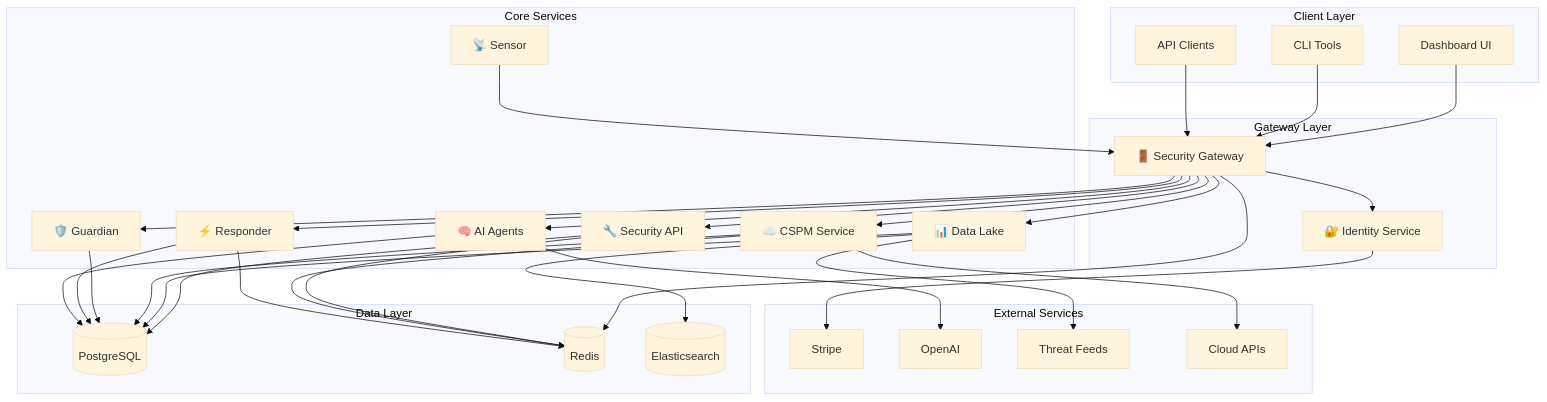
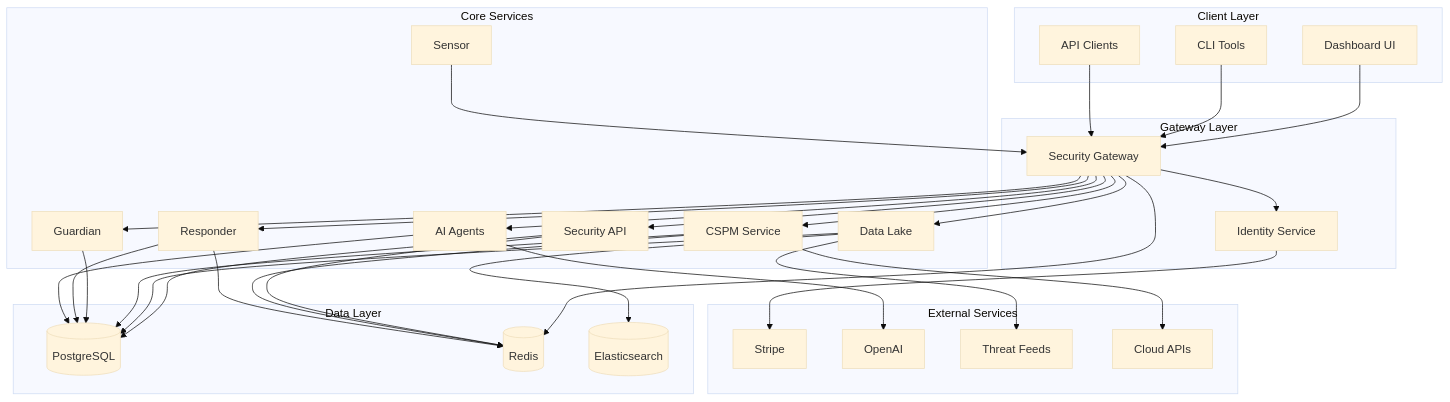
One commit to yonasBSD/wildbox changed the diagram in README.md. Above: the diagram before and after it, drawn with Mermaid (base theme). The commit also changed other lines of this file, not shown here.

````diff
--- a/README.md
+++ b/README.md
@@ -62,69 +61,69 @@
 ```mermaid
 graph TD
     subgraph "Client Layer"
         UI[Dashboard UI]
         CLI[CLI Tools]
         API_CLIENT[API Clients]
     end
-    
+
     subgraph "Gateway Layer"
-        GATEWAY[🚪 Security Gateway]
-        IDENTITY[🔐 Identity Service]
+        GATEWAY[Security Gateway]
+        IDENTITY[Identity Service]
     end
-    
+
     subgraph "Core Services"
-        API[🔧 Security API]
-        DATA[📊 Data Lake]
-        CSPM[☁️ CSPM Service]
-        GUARDIAN[🛡️ Guardian]
-        RESPONDER[⚡ Responder]
-        AGENTS[🧠 AI Agents]
-        SENSOR[📡 Sensor]
+        API[Security API]
+        DATA[Data Lake]
+        CSPM[CSPM Service]
+        GUARDIAN[Guardian]
+        RESPONDER[Responder]
+        AGENTS[AI Agents]
+        SENSOR[Sensor]
     end
-    
+
     subgraph "Data Layer"
         POSTGRES[(PostgreSQL)]
         REDIS[(Redis)]
         ELASTICSEARCH[(Elasticsearch)]
     end
-    
+
     subgraph "External Services"
         STRIPE[Stripe]
         OPENAI[OpenAI]
         FEEDS[Threat Feeds]
         CLOUD_APIS[Cloud APIs]
     end
-    
+
     UI --> GATEWAY
     CLI --> GATEWAY
     API_CLIENT --> GATEWAY
-    
+
     GATEWAY --> IDENTITY
     GATEWAY --> API
     GATEWAY --> DATA
     GATEWAY --> CSPM
     GATEWAY --> GUARDIAN
     GATEWAY --> RESPONDER
     GATEWAY --> AGENTS
-    
+
     SENSOR --> GATEWAY
-    
+
     API --> POSTGRES
     DATA --> POSTGRES
     CSPM --> POSTGRES
     GUARDIAN --> POSTGRES
     RESPONDER --> POSTGRES
     AGENTS --> POSTGRES
-    
+
     GATEWAY --> REDIS
     API --> REDIS
     CSPM --> REDIS
     RESPONDER --> REDIS
-    
+
     DATA --> ELASTICSEARCH
-    
+
     IDENTITY --> STRIPE
     AGENTS --> OPENAI
     DATA --> FEEDS
     CSPM --> CLOUD_APIS
 ```
````
